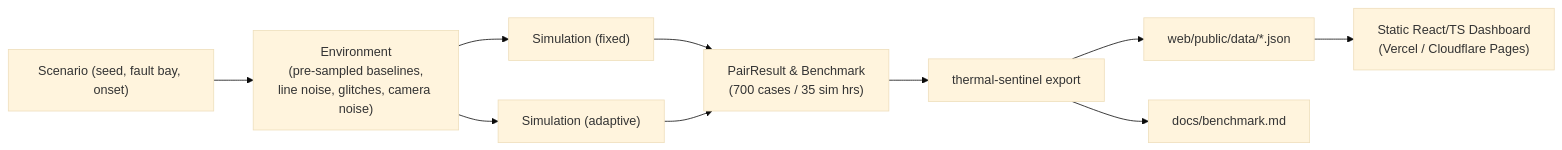
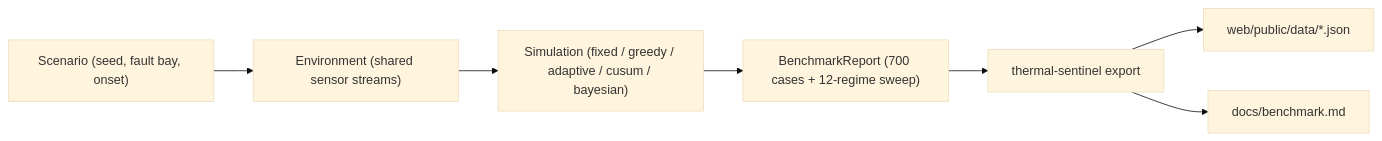
The second of 2 diagrams in docs/architecture.md (aryanhood/thermal-sentinel), drawn with Mermaid (base theme) before and after one commit. The commit also changed other lines of this file and 28 other files, not shown here.

Commit message:
Build FastAPI and SQLite industrial thermal monitoring prototype around simulation

````diff
--- a/docs/architecture.md
+++ b/docs/architecture.md
@@ -7,12 +23,9 @@
 ```mermaid
 flowchart LR
-    S["Scenario (seed, fault bay, onset)"] --> E["Environment\n(pre-sampled baselines,\nline noise, glitches, camera noise)"]
-    E --> F["Simulation (fixed)"]
-    E --> A["Simulation (adaptive)"]
-    F --> P["PairResult & Benchmark\n(700 cases / 35 sim hrs)"]
-    A --> P
-    P --> X["thermal-sentinel export"]
+    S["Scenario (seed, fault bay, onset)"] --> E["Environment (shared sensor streams)"]
+    E --> F["Simulation (fixed / greedy / adaptive / cusum / bayesian)"]
+    F --> B["BenchmarkReport (700 cases + 12-regime sweep)"]
+    B --> X["thermal-sentinel export"]
     X --> J["web/public/data/*.json"]
     X --> M["docs/benchmark.md"]
-    J --> W["Static React/TS Dashboard\n(Vercel / Cloudflare Pages)"]
 ```
````
